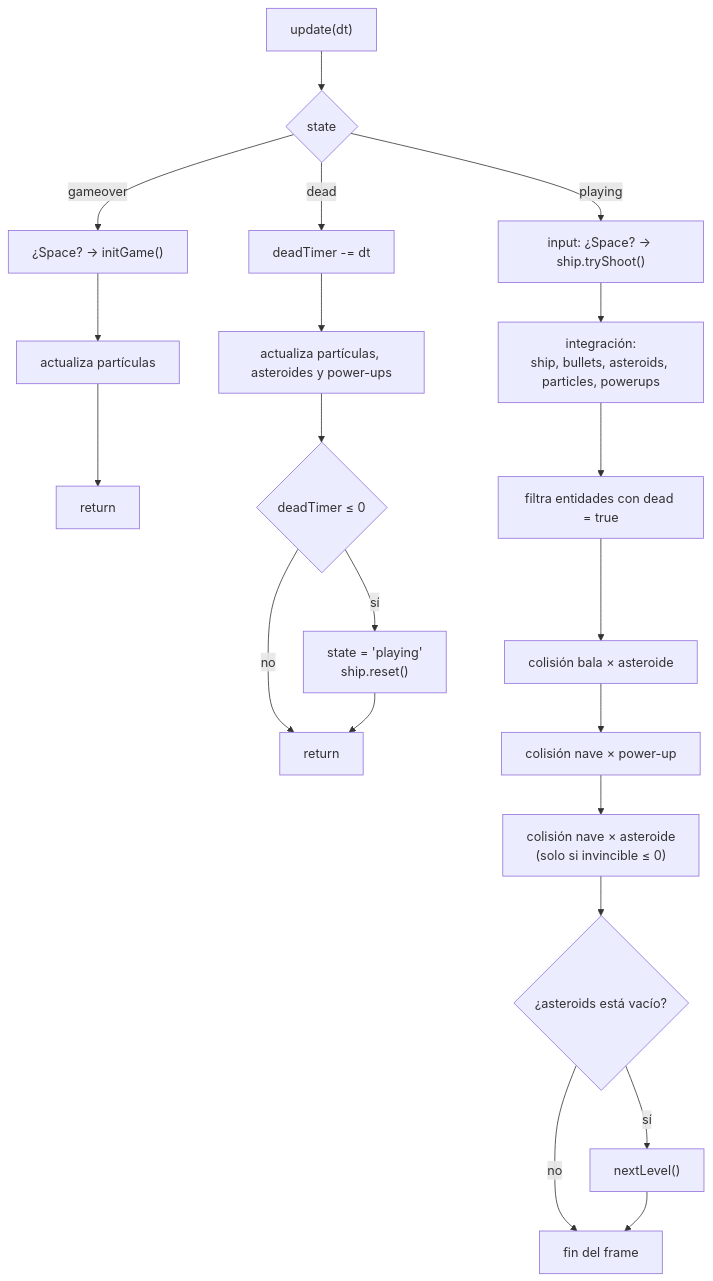
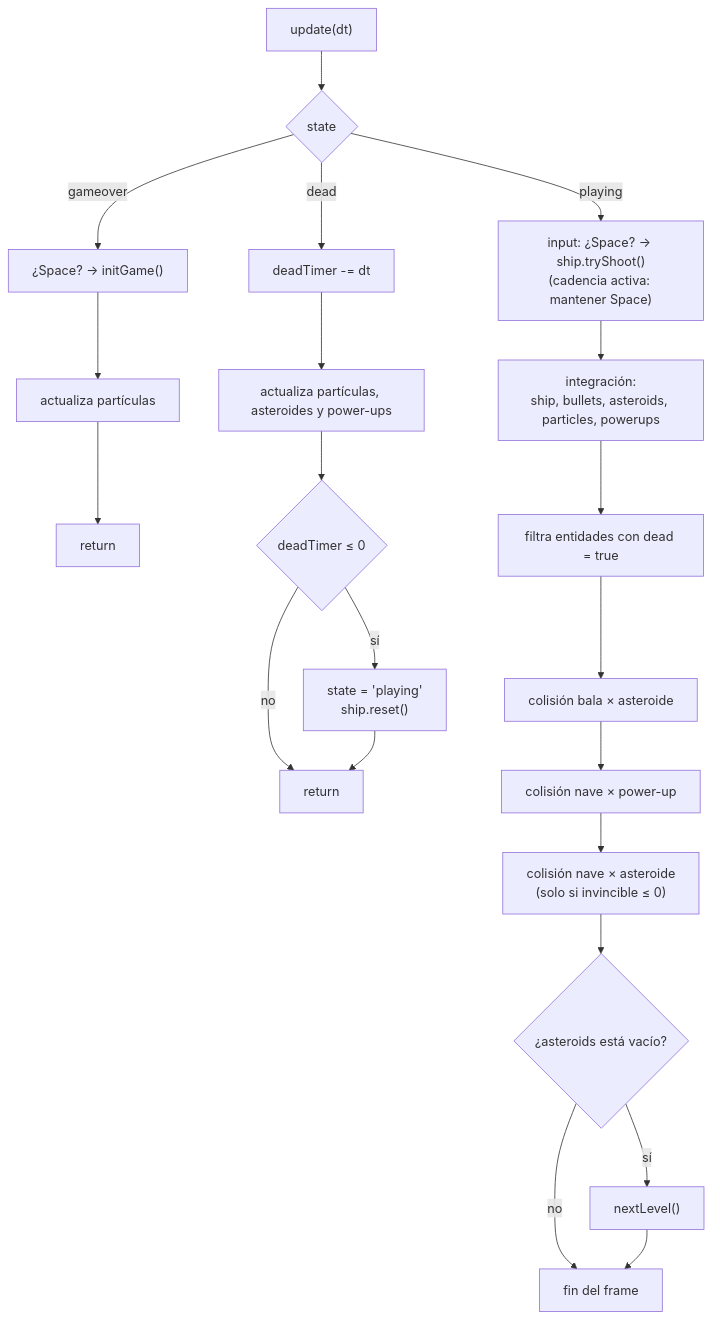
The second of 5 diagrams in ARCHITECTURE.md (dalwork/opencode-asteroids), drawn with Mermaid before and after one commit. The commit also changed other lines of this file and 3 other files, not shown here.

````diff
--- a/ARCHITECTURE.md
+++ b/ARCHITECTURE.md
@@ -50,25 +50,25 @@
 ```mermaid
 flowchart TD
     U["update(dt)"] --> S{"state"}
 
     S -->|"gameover"| GO["¿Space? → initGame()"]
     GO --> GO2["actualiza partículas"] --> GOR["return"]
 
     S -->|"dead"| DE["deadTimer -= dt"]
     DE --> DE2["actualiza partículas, asteroides y power-ups"]
     DE2 --> DE3{"deadTimer ≤ 0"}
     DE3 -->|"sí"| DE4["state = 'playing'<br/>ship.reset()"]
     DE3 -->|"no"| DER["return"]
     DE4 --> DER
 
-    S -->|"playing"| P1["input: ¿Space? → ship.tryShoot()"]
+    S -->|"playing"| P1["input: ¿Space? → ship.tryShoot()<br/>(cadencia activa: mantener Space)"]
     P1 --> P2["integración:<br/>ship, bullets, asteroids, particles, powerups"]
     P2 --> P3["filtra entidades con dead = true"]
     P3 --> C1["colisión bala × asteroide"]
     C1 --> C2["colisión nave × power-up"]
     C2 --> C3["colisión nave × asteroide<br/>(solo si invincible ≤ 0)"]
     C3 --> P4{"¿asteroids está vacío?"}
     P4 -->|"sí"| P5["nextLevel()"]
     P4 -->|"no"| FIN["fin del frame"]
     P5 --> FIN
 ```
````
